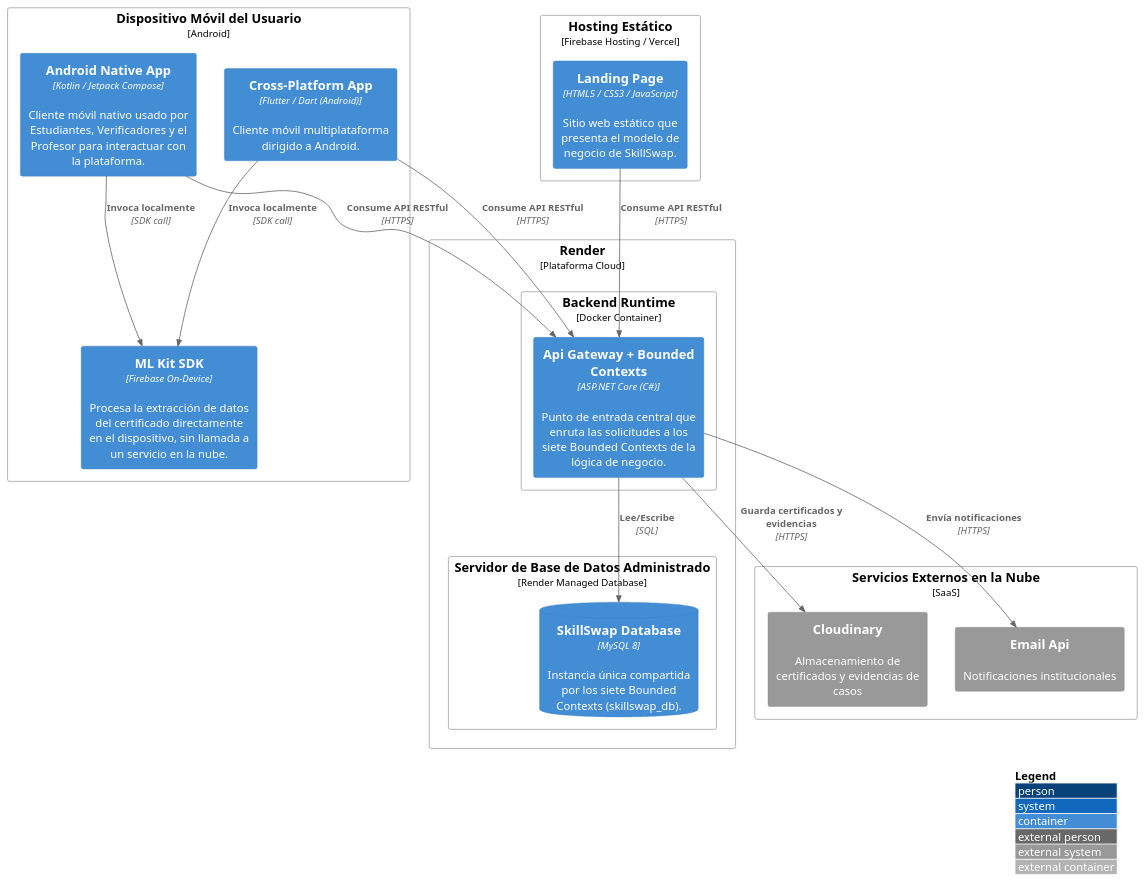
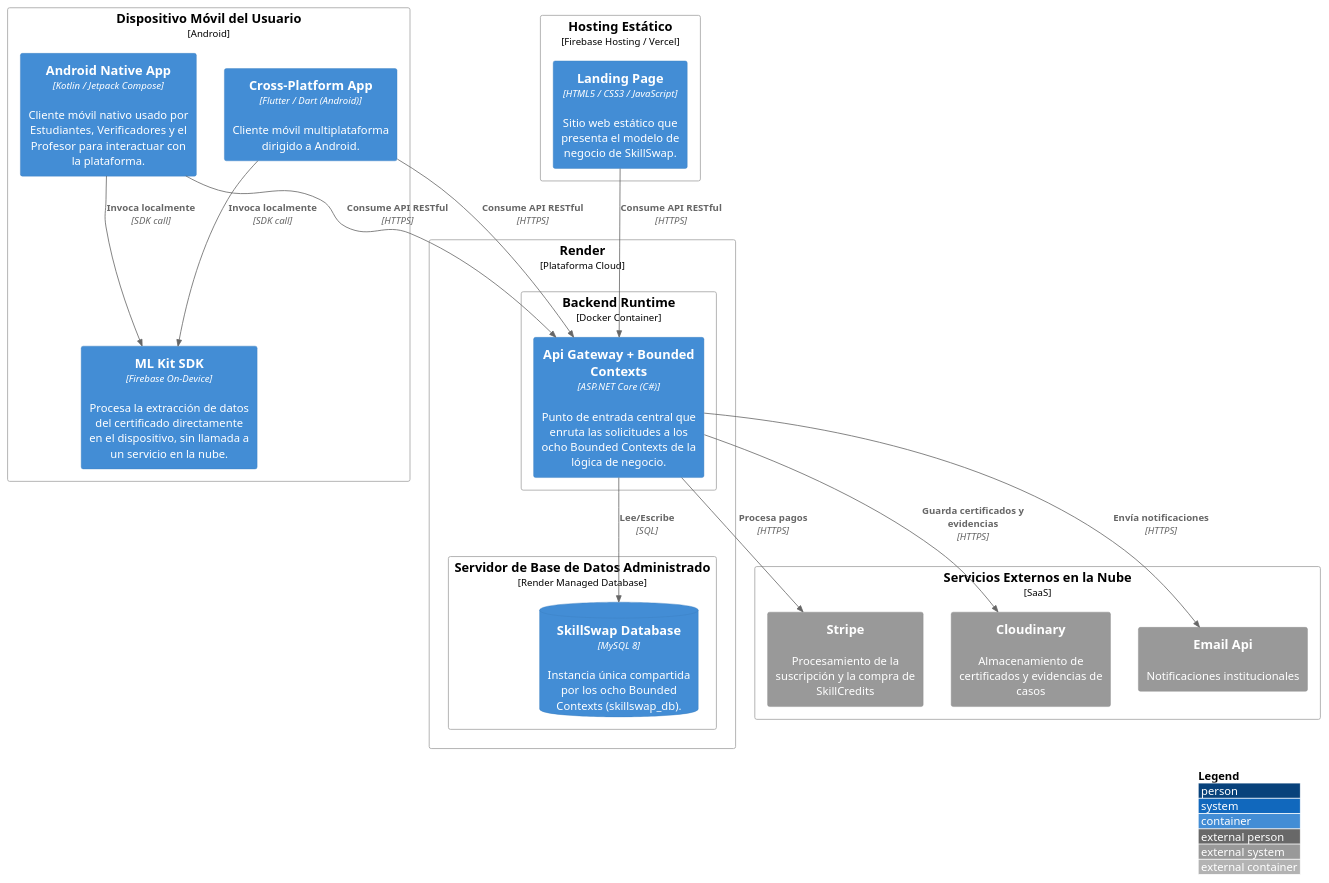
The diagram in DB&C4/Deployment Diagram.puml (Aplicaciones-Dispositivos-Moviles/SkillSwap-ProjectReport), drawn with PlantUML before and after one commit. The commit also changed 15 other files, not shown here.

Commit message:
docs: add container diagrams and context mapping

```diff
--- a/DB&C4/Deployment Diagram.puml
+++ b/DB&C4/Deployment Diagram.puml
@@ -1,42 +1,44 @@
 @startuml SkillSwapDeployment
 !include https://raw.githubusercontent.com/plantuml-stdlib/C4-PlantUML/master/C4_Deployment.puml
 
 LAYOUT_WITH_LEGEND()
 
 Deployment_Node(userDevice, "Dispositivo Móvil del Usuario", "Android"){
     Container(androidApp, "Android Native App", "Kotlin / Jetpack Compose", "Cliente móvil nativo usado por Estudiantes, Verificadores y el Profesor para interactuar con la plataforma.")
     Container(flutterApp, "Cross-Platform App", "Flutter / Dart (Android)", "Cliente móvil multiplataforma dirigido a Android.")
     Container(mlKitSdk, "ML Kit SDK", "Firebase On-Device", "Procesa la extracción de datos del certificado directamente en el dispositivo, sin llamada a un servicio en la nube.")
 }
 
 Deployment_Node(staticHosting, "Hosting Estático", "Firebase Hosting / Vercel"){
     Container(landingPage, "Landing Page", "HTML5 / CSS3 / JavaScript", "Sitio web estático que presenta el modelo de negocio de SkillSwap.")
 }
 
 Deployment_Node(cloudPlatform, "Render", "Plataforma Cloud"){
     Deployment_Node(backendRuntime, "Backend Runtime", "Docker Container"){
-        Container(apiGateway, "Api Gateway + Bounded Contexts", "ASP.NET Core (C#)", "Punto de entrada central que enruta las solicitudes a los siete Bounded Contexts de la lógica de negocio.")
+        Container(apiGateway, "Api Gateway + Bounded Contexts", "ASP.NET Core (C#)", "Punto de entrada central que enruta las solicitudes a los ocho Bounded Contexts de la lógica de negocio.")
     }
     Deployment_Node(dbServer, "Servidor de Base de Datos Administrado", "Render Managed Database"){
-        ContainerDb(mainDB, "SkillSwap Database", "MySQL 8", "Instancia única compartida por los siete Bounded Contexts (skillswap_db).")
+        ContainerDb(mainDB, "SkillSwap Database", "MySQL 8", "Instancia única compartida por los ocho Bounded Contexts (skillswap_db).")
     }
 }
 
 Deployment_Node(externalCloud, "Servicios Externos en la Nube", "SaaS"){
     System_Ext(cloudStorage, "Cloudinary", "Almacenamiento de certificados y evidencias de casos")
     System_Ext(emailService, "Email Api", "Notificaciones institucionales")
+    System_Ext(stripeApi, "Stripe", "Procesamiento de la suscripción y la compra de SkillCredits")
 }
 
 Rel(androidApp, mlKitSdk, "Invoca localmente", "SDK call")
 Rel(flutterApp, mlKitSdk, "Invoca localmente", "SDK call")
 
 Rel(androidApp, apiGateway, "Consume API RESTful", "HTTPS")
 Rel(flutterApp, apiGateway, "Consume API RESTful", "HTTPS")
 Rel(landingPage, apiGateway, "Consume API RESTful", "HTTPS")
 
 Rel(apiGateway, mainDB, "Lee/Escribe", "SQL")
 
 Rel(apiGateway, cloudStorage, "Guarda certificados y evidencias", "HTTPS")
 Rel(apiGateway, emailService, "Envía notificaciones", "HTTPS")
+Rel(apiGateway, stripeApi, "Procesa pagos", "HTTPS")
 
 @enduml
```
